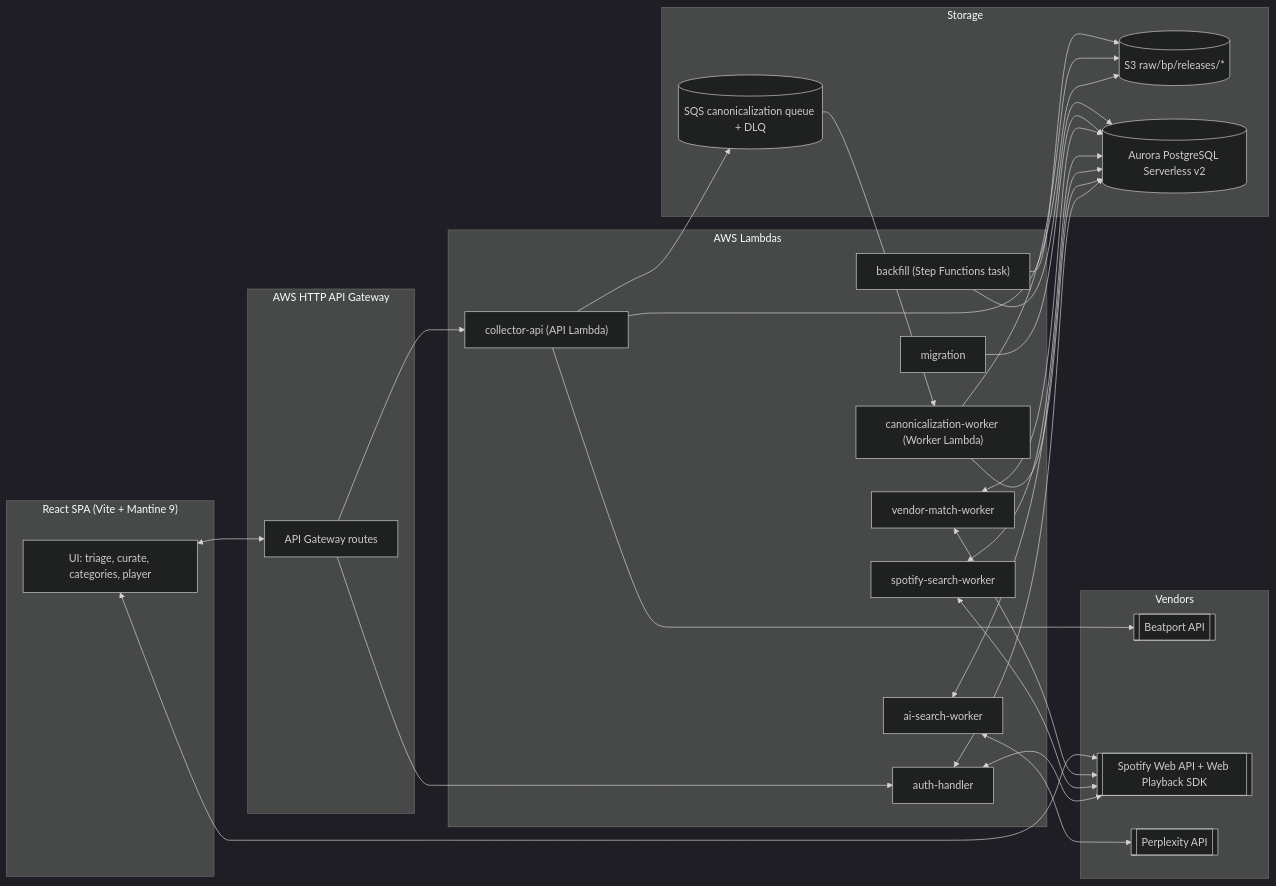
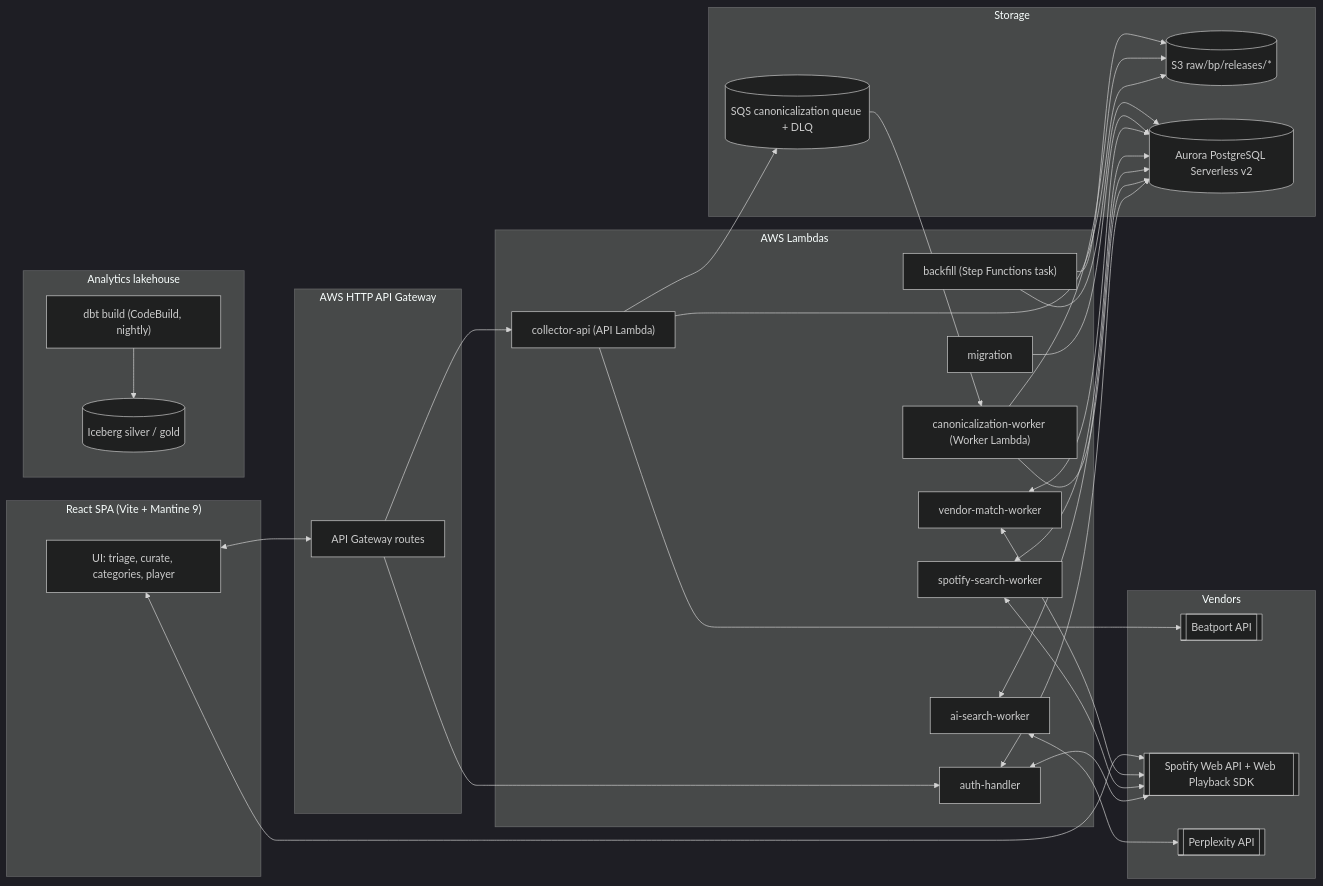
The diagram in docs/architecture.md (tarodo/clouder-core), drawn with Mermaid (dark theme) before and after one commit. The commit also changed other lines of this file and 7 other files, not shown here.

````diff
--- a/docs/architecture.md
+++ b/docs/architecture.md
@@ -7,55 +7,61 @@
 ```mermaid
 flowchart LR
     subgraph SPA["React SPA (Vite + Mantine 9)"]
         UI[UI: triage, curate, categories, player]
     end
 
     subgraph API["AWS HTTP API Gateway"]
         APIGW[API Gateway routes]
     end
 
     subgraph Lambdas["AWS Lambdas"]
         AH["auth-handler"]
         CH["collector-api (API Lambda)"]
         SH["ai-search-worker"]
         SPW["spotify-search-worker"]
         VMW["vendor-match-worker"]
         WH["canonicalization-worker (Worker Lambda)"]
         MH["migration"]
         BF["backfill (Step Functions task)"]
+    end
+
+    subgraph Lakehouse["Analytics lakehouse"]
+        DBT["dbt build (CodeBuild, nightly)"]
+        SIL[(Iceberg silver / gold)]
     end
 
     subgraph Storage
         S3[(S3 raw/bp/releases/*)]
         SQS[(SQS canonicalization queue + DLQ)]
         Aurora[(Aurora PostgreSQL Serverless v2)]
     end
 
     subgraph Vendors
         BP[[Beatport API]]
         SP[[Spotify Web API + Web Playback SDK]]
         PX[[Perplexity API]]
     end
 
     UI <--> APIGW
     APIGW --> AH
     APIGW --> CH
     AH <--> Aurora
     AH <--> SP
     CH --> BP
     CH --> S3
     CH --> SQS
     SQS --> WH
     WH --> S3
     WH --> Aurora
     SH <--> PX
     SH <--> Aurora
     SPW <--> SP
     SPW <--> Aurora
     VMW <--> SP
     VMW <--> Aurora
     MH --> Aurora
     BF --> S3
     BF --> Aurora
+    DBT --> SIL
     UI <--> SP
 ```
````
